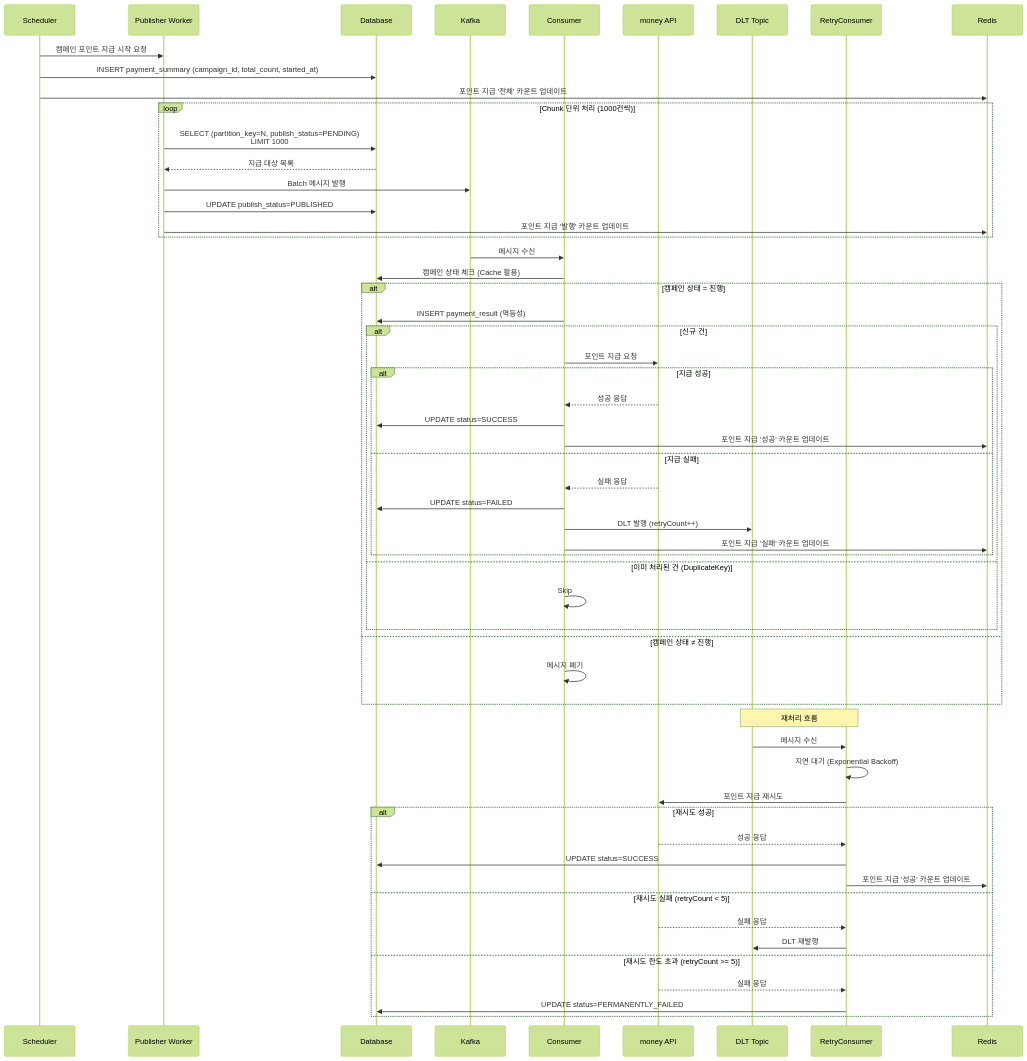
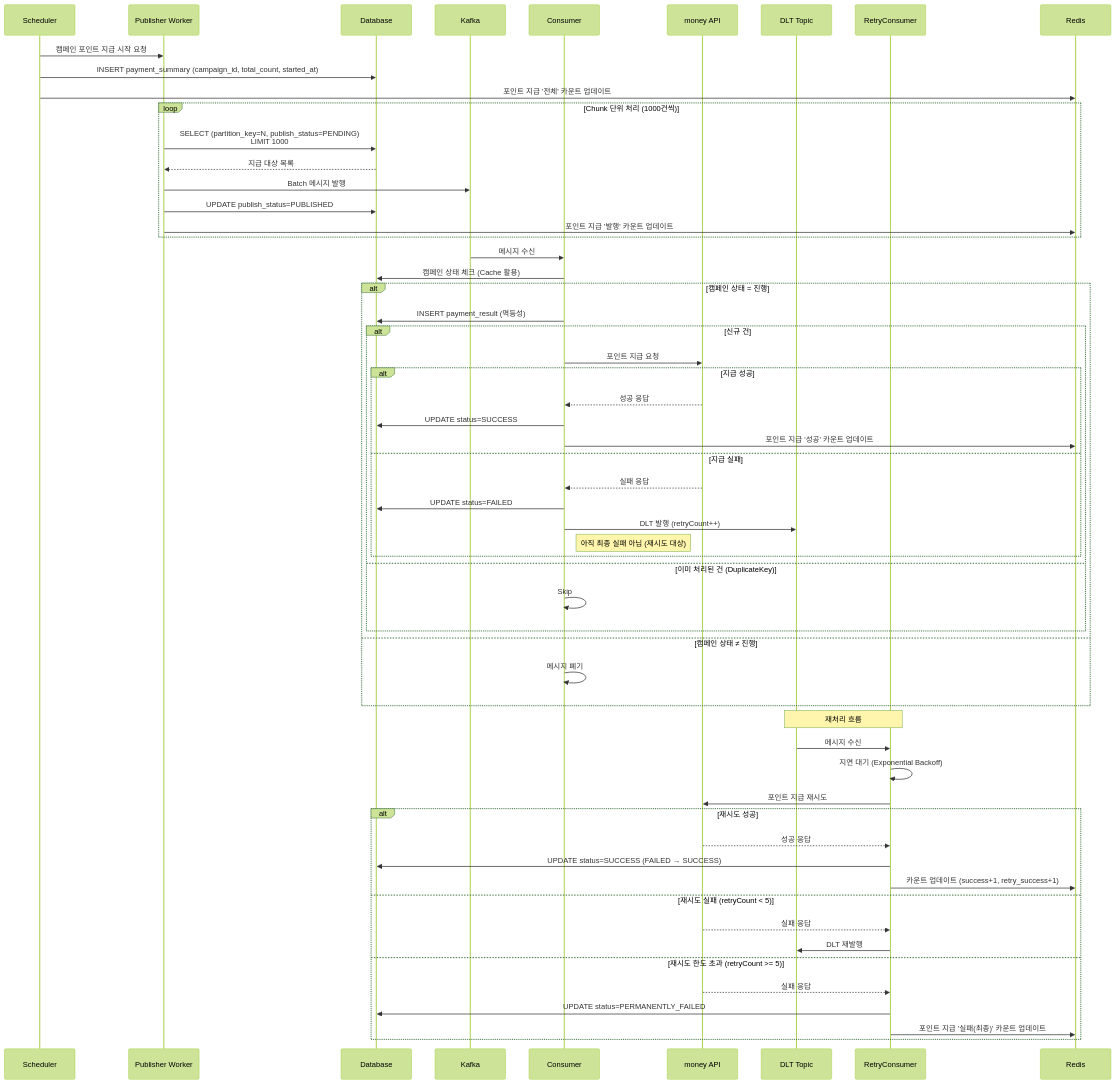
One commit to JiYoonKimjimmy/obsidian-vault changed the second of 8 diagrams in 1. Project/2026_MP_대량 포인트 지급 시스템/02_Architecture.md. Above: the diagram before and after it, drawn with Mermaid (forest theme).

Commit message:
vault backup: 2026-01-16 14:52:16

````diff
--- a/1. Project/2026_MP_대량 포인트 지급 시스템/02_Architecture.md
+++ b/1. Project/2026_MP_대량 포인트 지급 시스템/02_Architecture.md
@@ -112,64 +112,65 @@
 ```mermaid
 sequenceDiagram
     participant S as Scheduler
     participant P as Publisher Worker
     participant DB as Database
     participant K as Kafka
     participant C as Consumer
     participant M as money API
     participant DLT as DLT Topic
     participant RC as RetryConsumer
     participant R as Redis
 
     S->>P: 캠페인 포인트 지급 시작 요청
     S->>DB: INSERT payment_summary (campaign_id, total_count, started_at)
     S->>R: 포인트 지급 '전체' 카운트 업데이트
     
     loop Chunk 단위 처리 (1000건씩)
         P->>DB: SELECT (partition_key=N, publish_status=PENDING)<br/>LIMIT 1000
         DB-->>P: 지급 대상 목록
         P->>K: Batch 메시지 발행
         P->>DB: UPDATE publish_status=PUBLISHED
         P->>R: 포인트 지급 '발행' 카운트 업데이트
     end
     
     K->>C: 메시지 수신
     C->>DB: 캠페인 상태 체크 (Cache 활용)
     
     alt 캠페인 상태 = 진행
         C->>DB: INSERT payment_result (멱등성)
         alt 신규 건
             C->>M: 포인트 지급 요청
             alt 지급 성공
                 M-->>C: 성공 응답
                 C->>DB: UPDATE status=SUCCESS
                 C->>R: 포인트 지급 '성공' 카운트 업데이트
             else 지급 실패
                 M-->>C: 실패 응답
                 C->>DB: UPDATE status=FAILED
                 C->>DLT: DLT 발행 (retryCount++)
-                C->>R: 포인트 지급 '실패' 카운트 업데이트
+                Note right of C: 아직 최종 실패 아님 (재시도 대상)
             end
         else 이미 처리된 건 (DuplicateKey)
             C->>C: Skip
         end
     else 캠페인 상태 ≠ 진행
         C->>C: 메시지 폐기
     end
     
     Note over DLT,RC: 재처리 흐름
     DLT->>RC: 메시지 수신
     RC->>RC: 지연 대기 (Exponential Backoff)
     RC->>M: 포인트 지급 재시도
     alt 재시도 성공
         M-->>RC: 성공 응답
-        RC->>DB: UPDATE status=SUCCESS
-        RC->>R: 포인트 지급 '성공' 카운트 업데이트
+        RC->>DB: UPDATE status=SUCCESS (FAILED → SUCCESS)
+        RC->>R: 카운트 업데이트 (success+1, retry_success+1)
     else 재시도 실패 (retryCount < 5)
         M-->>RC: 실패 응답
         RC->>DLT: DLT 재발행
     else 재시도 한도 초과 (retryCount >= 5)
         M-->>RC: 실패 응답
         RC->>DB: UPDATE status=PERMANENTLY_FAILED
+        RC->>R: 포인트 지급 '실패(최종)' 카운트 업데이트
     end
 ```
````
